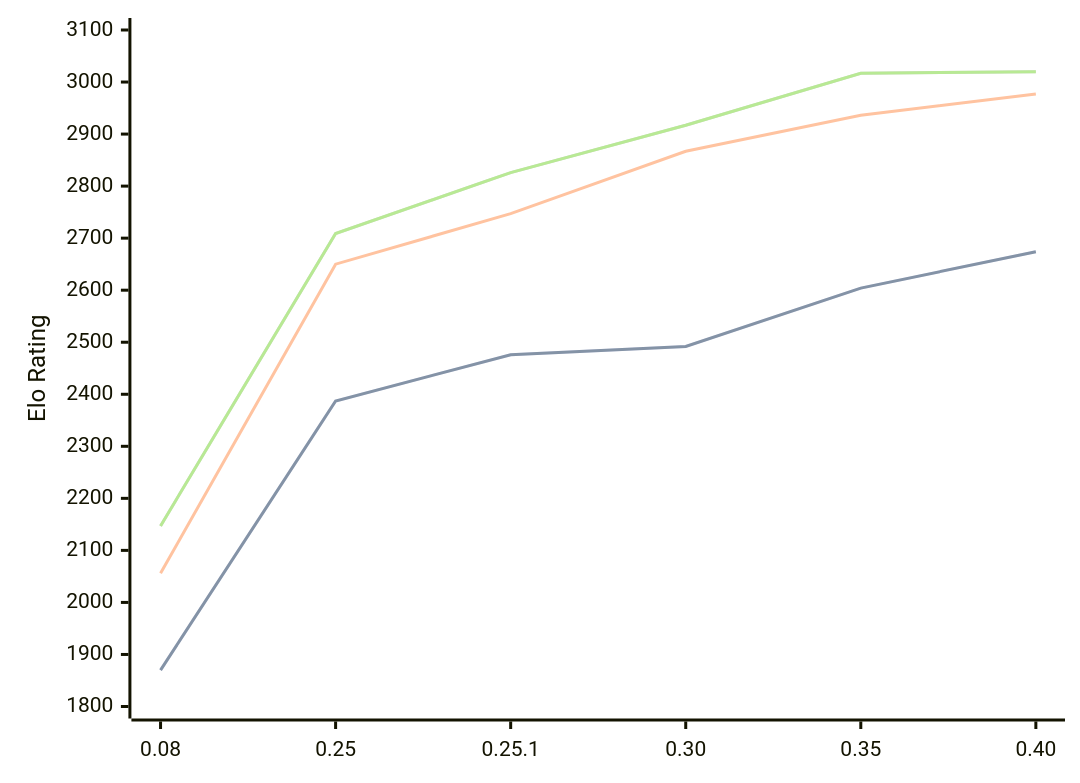
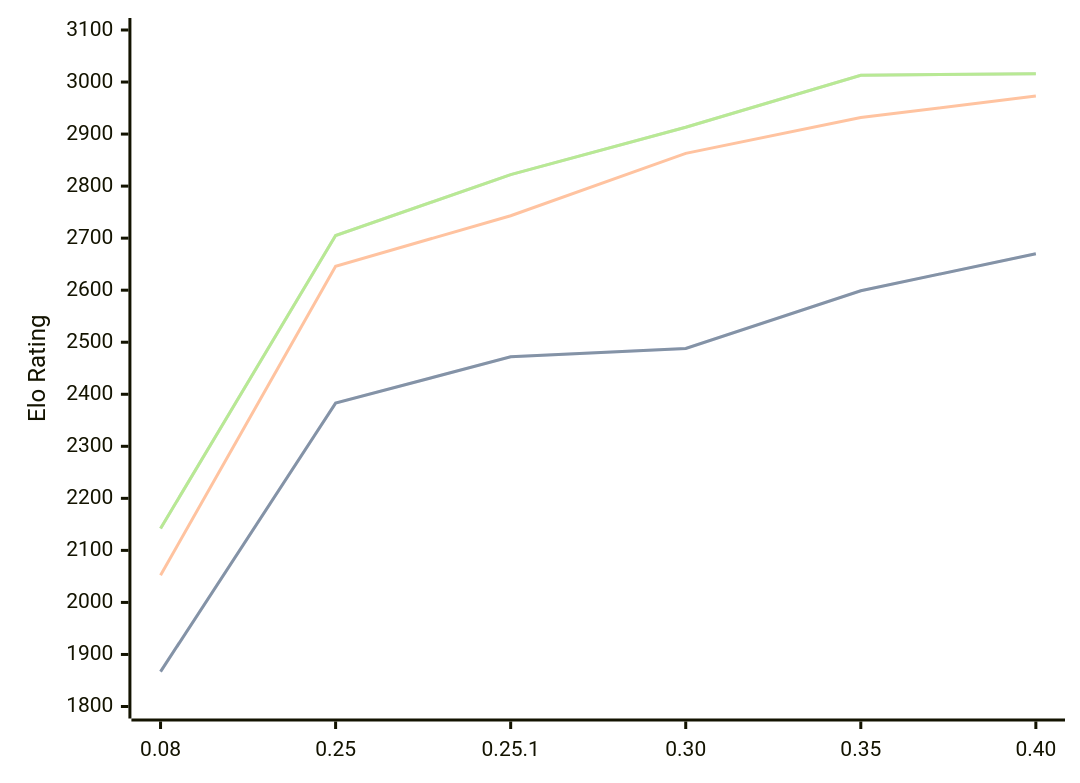
Before and after one commit to computer-chess-index/cci: the third of 3 diagrams in engines/Gecko.md, drawn with Mermaid. The commit also changed other lines of this file, not shown here.

Commit message:
Update CCI Ratings (ELO VLTC) - 2026-07-16

````diff
--- a/engines/Gecko.md
+++ b/engines/Gecko.md
@@ -69,11 +69,11 @@
 ```mermaid
 %%{init: {"theme":"base","themeVariables":{"seriesColors:['#a3a3a3','#222221','#faa371']}}}%%
 xychart-beta
   x-axis ["0.08", "0.25", "0.25.1", "0.30", "0.35", "0.40"]
   y-axis "Elo Rating" 1800 --> 3100
-  line "STC (8.0+0.08s)" [1870, 2387, 2476, 2492, 2604, 2674]
-  line "STC (8.0+0.08s)" [1870, 2387, 2476, 2492, 2604, 2674]
-  line "LTC (60.0+0.60s)" [2056, 2650, 2747, 2867, 2936, 2977]
-  line "VLTC (2m24s+1.12s)" [2147, 2709, 2826, 2917, 3017, 3020]
-  line "VLTC (2m24s+1.12s)" [2147, 2709, 2826, 2917, 3017, 3020]
+  line "STC (8.0+0.08s)" [1867, 2383, 2472, 2488, 2599, 2670]
+  line "STC (8.0+0.08s)" [1867, 2383, 2472, 2488, 2599, 2670]
+  line "LTC (60.0+0.60s)" [2052, 2646, 2743, 2863, 2932, 2973]
+  line "VLTC (2m24s+1.12s)" [2142, 2705, 2822, 2913, 3013, 3016]
+  line "VLTC (2m24s+1.12s)" [2142, 2705, 2822, 2913, 3013, 3016]
 ```
````
